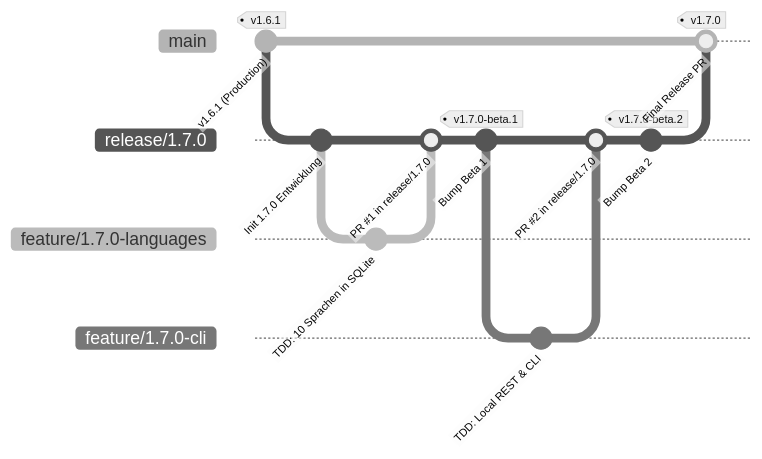
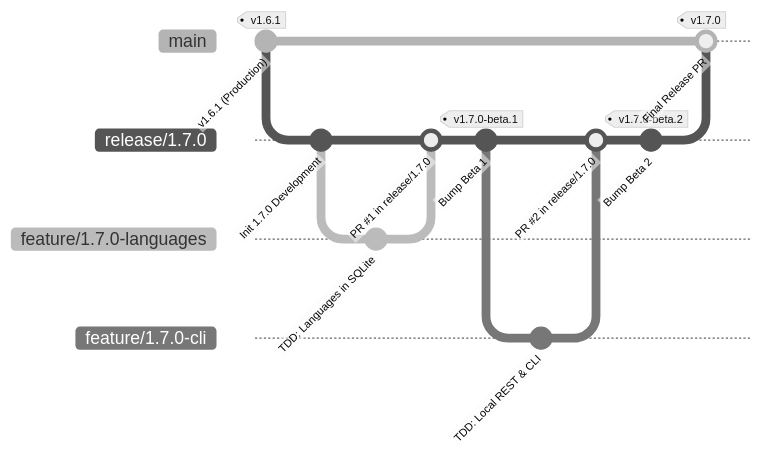
The diagram in docs/GIT_WORKFLOW_AND_RELEASES.md (RaptorClash/pokevault), drawn with Mermaid (neutral theme) before and after one commit. The commit also changed other lines of this file and 55 other files, not shown here.

Commit message:
feat(docs): add multi-language architecture and release docs with auto-routing

````diff
--- a/docs/GIT_WORKFLOW_AND_RELEASES.md
+++ b/docs/GIT_WORKFLOW_AND_RELEASES.md
@@ -11,26 +13,26 @@
 ```mermaid
 gitGraph
     commit id: "v1.6.1 (Production)" tag: "v1.6.1"
     branch "release/1.7.0"
     checkout "release/1.7.0"
-    commit id: "Init 1.7.0 Entwicklung"
+    commit id: "Init 1.7.0 Development"
     
     branch "feature/1.7.0-languages"
     checkout "feature/1.7.0-languages"
-    commit id: "TDD: 10 Sprachen in SQLite"
+    commit id: "TDD: Languages in SQLite"
     checkout "release/1.7.0"
     merge "feature/1.7.0-languages" id: "PR #1 in release/1.7.0"
     
     commit id: "Bump Beta 1" tag: "v1.7.0-beta.1"
     
     branch "feature/1.7.0-cli"
     checkout "feature/1.7.0-cli"
     commit id: "TDD: Local REST & CLI"
     checkout "release/1.7.0"
     merge "feature/1.7.0-cli" id: "PR #2 in release/1.7.0"
     
     commit id: "Bump Beta 2" tag: "v1.7.0-beta.2"
     
     checkout "main"
     merge "release/1.7.0" id: "Final Release PR" tag: "v1.7.0"
 ```
````
